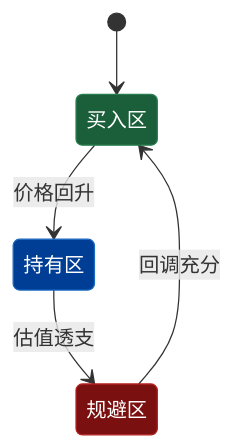
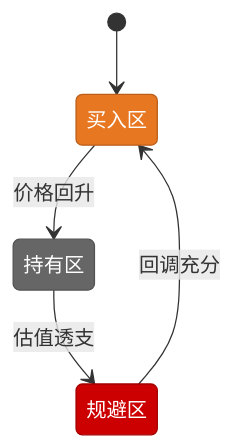
Before and after one commit to harveyzhang814/harveyz-skill: the second of 2 diagrams in skills/writing/draw-diagram/references/statediagram.md, drawn with Mermaid. The commit also changed 5 other files, not shown here.

First line of the commit message:
refactor(writing): simplify draw-diagram, drop legacy RB palette (1.5.0)

````diff
--- a/skills/writing/draw-diagram/references/statediagram.md
+++ b/skills/writing/draw-diagram/references/statediagram.md
@@ -29,20 +29,20 @@
 ```mermaid
 stateDiagram-v2
     direction TB
-    classDef opportunity fill:#1A5E3A,stroke:#2A7E50,color:#fff
-    classDef hold        fill:#003E96,stroke:#1A6AC4,color:#fff
-    classDef danger      fill:#7B1010,stroke:#B52020,color:#fff
+    classDef opportunity fill:#E87722,stroke:#BA5F1B,color:#fff
+    classDef hold        fill:#666666,stroke:#525252,color:#fff
+    classDef danger      fill:#CC0000,stroke:#A30000,color:#fff
 
     state "买入区" as S1
     state "持有区" as S2
     state "规避区" as S3
 
     [*] --> S1
     S1 --> S2 : 价格回升
     S2 --> S3 : 估值透支
     S3 --> S1 : 回调充分
 
     class S1 opportunity
     class S2 hold
     class S3 danger
 ```
````
